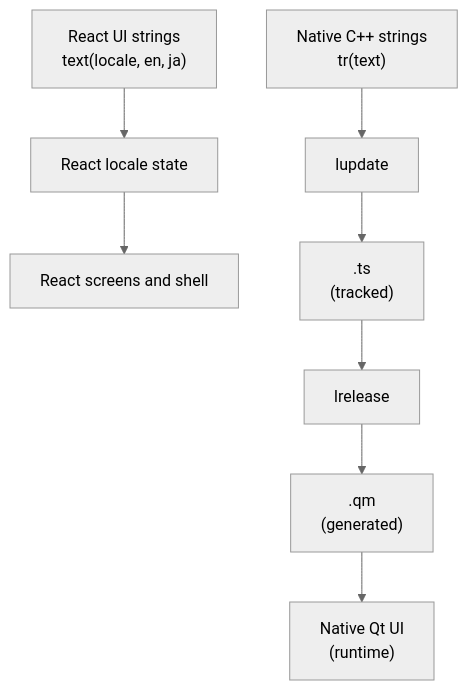
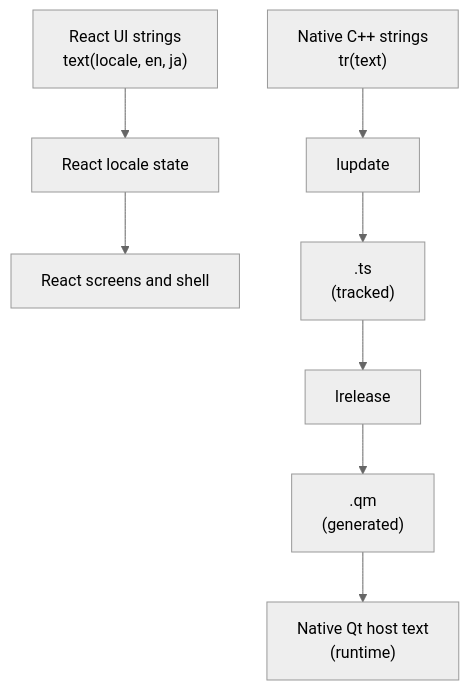
The first of 2 diagrams in docs/development/localization.md (LotusAndCompany/devtools), drawn with Mermaid (neutral theme) before and after one commit. The commit also changed other lines of this file and 141 other files, not shown here.

````diff
--- a/docs/development/localization.md
+++ b/docs/development/localization.md
@@ -22,10 +22,10 @@
 ```mermaid
 flowchart TD
     react["React UI strings<br/>text(locale, en, ja)"] --> locale["React locale state"]
     locale --> react_ui["React screens and shell"]
     cpp["Native C++ strings<br/>tr(text)"] --> lupdate["lupdate"]
     lupdate --> ts[".ts<br/>(tracked)"]
     ts --> lrelease["lrelease"]
     lrelease --> qm[".qm<br/>(generated)"]
-    qm --> native["Native Qt UI<br/>(runtime)"]
+    qm --> native["Native Qt host text<br/>(runtime)"]
 ```
````
